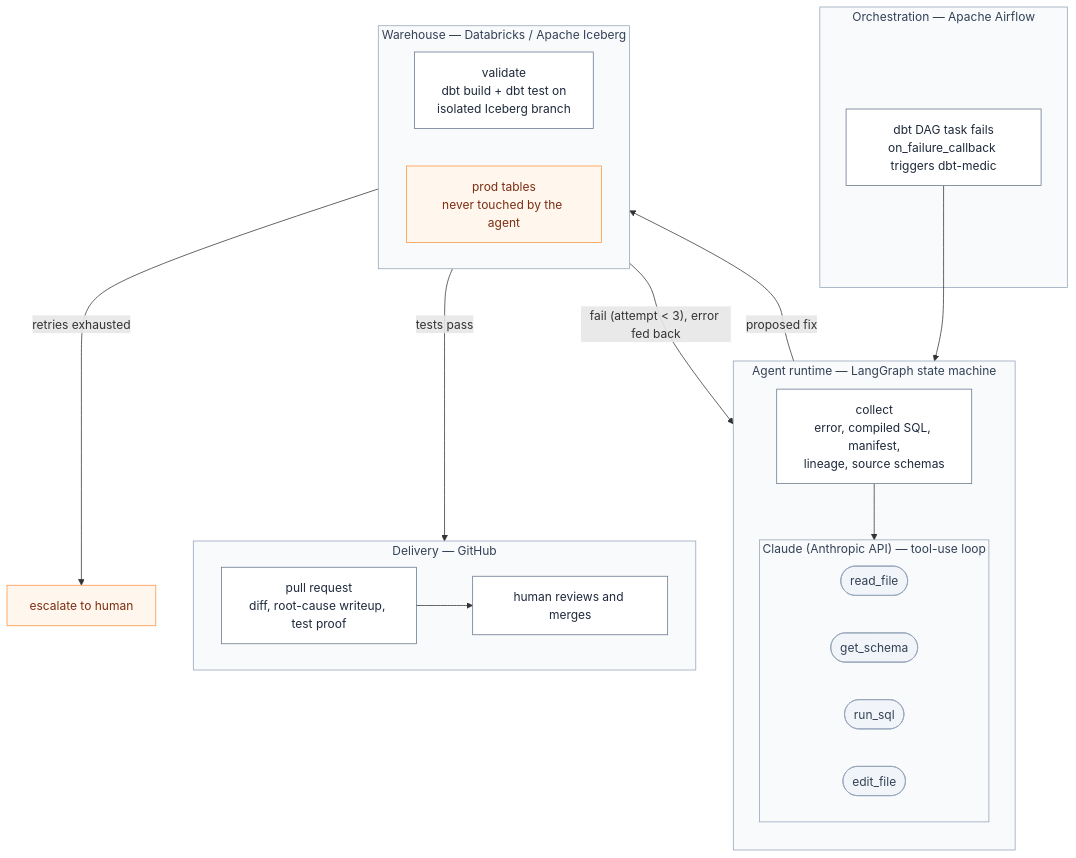
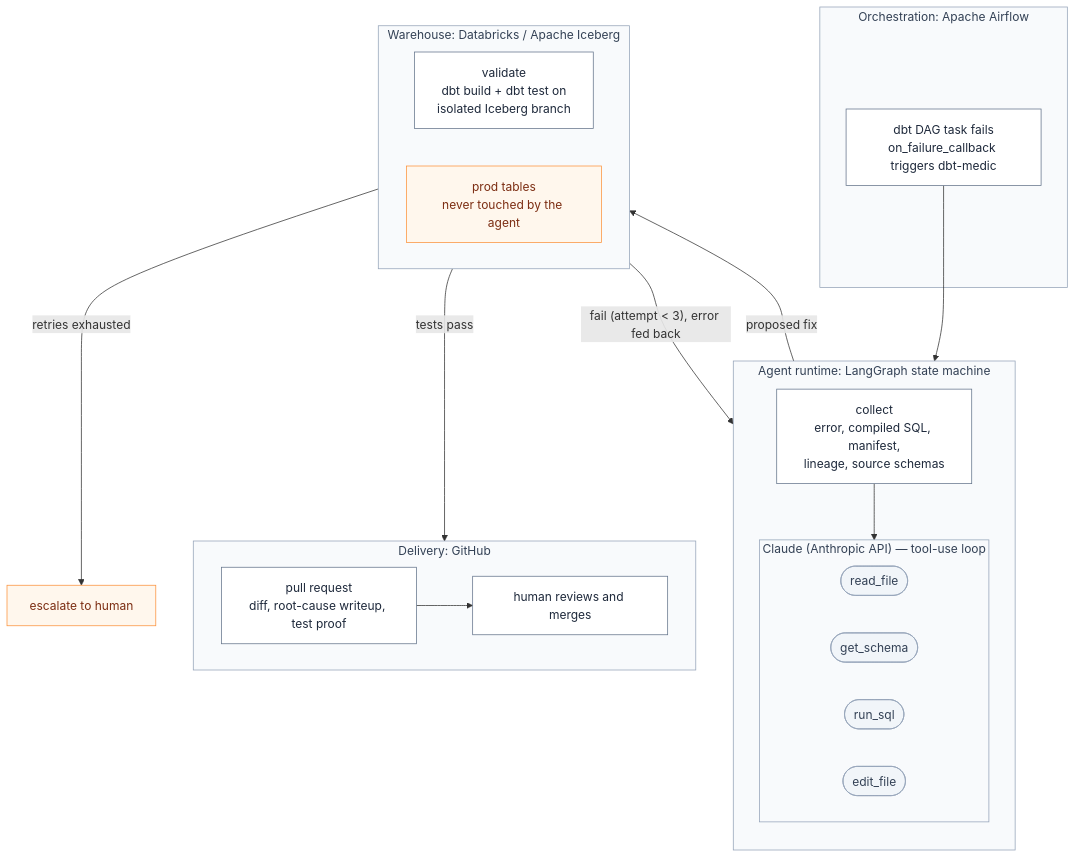
The diagram in README.md (kidskoding/pipemedic), drawn with Mermaid before and after one commit. The commit also changed other lines of this file, not shown here.

````diff
--- a/README.md
+++ b/README.md
@@ -19,52 +19,52 @@
 ```mermaid
 flowchart TB
-    subgraph ORCH ["Orchestration — Apache Airflow"]
+    subgraph ORCH ["Orchestration: Apache Airflow"]
         AF["dbt DAG task fails<br/>on_failure_callback triggers dbt-medic"]
     end
 
-    subgraph RUNTIME ["Agent runtime — LangGraph state machine"]
+    subgraph RUNTIME ["Agent runtime: LangGraph state machine"]
         direction TB
         COLLECT["collect<br/>error, compiled SQL, manifest,<br/>lineage, source schemas"]
 
         subgraph LLM ["Claude (Anthropic API) — tool-use loop"]
             direction LR
             T1(["read_file"])
             T2(["get_schema"])
             T3(["run_sql"])
             T4(["edit_file"])
         end
 
         COLLECT --> LLM
     end
 
-    subgraph DBX ["Warehouse — Databricks / Apache Iceberg"]
+    subgraph DBX ["Warehouse: Databricks / Apache Iceberg"]
         direction LR
         BR["validate<br/>dbt build + dbt test on<br/>isolated Iceberg branch"]
         PROD["prod tables<br/>never touched by the agent"]
     end
 
-    subgraph GH ["Delivery — GitHub"]
+    subgraph GH ["Delivery: GitHub"]
         direction LR
         PR["pull request<br/>diff, root-cause writeup, test proof"]
         HUMAN["human reviews and merges"]
         PR --> HUMAN
     end
 
     ESC["escalate to human"]
 
     AF --> COLLECT
     LLM -- "proposed fix" --> BR
     BR -- "fail (attempt < 3), error fed back" --> LLM
     BR -- "tests pass" --> PR
     BR -- "retries exhausted" --> ESC
 
     classDef zone fill:#f8fafc,stroke:#94a3b8,color:#334155
     classDef node fill:#ffffff,stroke:#64748b,color:#1e293b
     classDef tool fill:#f1f5f9,stroke:#94a3b8,color:#334155
     classDef guard fill:#fff7ed,stroke:#fb923c,color:#7c2d12
 
     class ORCH,RUNTIME,LLM,DBX,GH zone
     class AF,COLLECT,BR,PR,HUMAN node
     class T1,T2,T3,T4 tool
     class PROD,ESC guard
 ```
````
